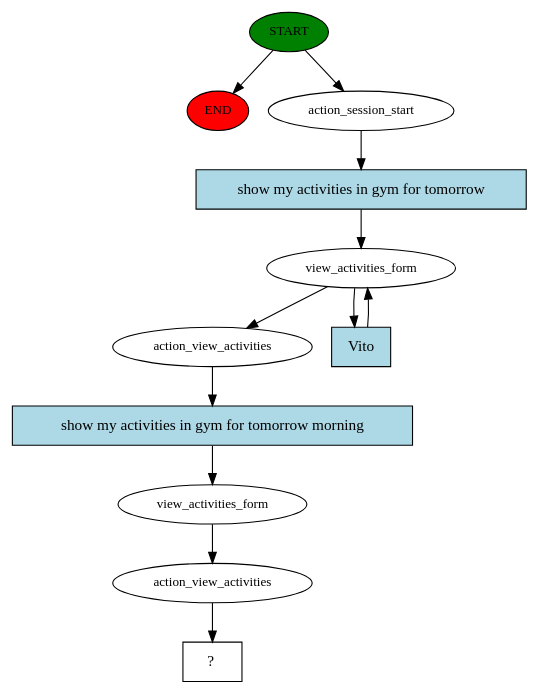
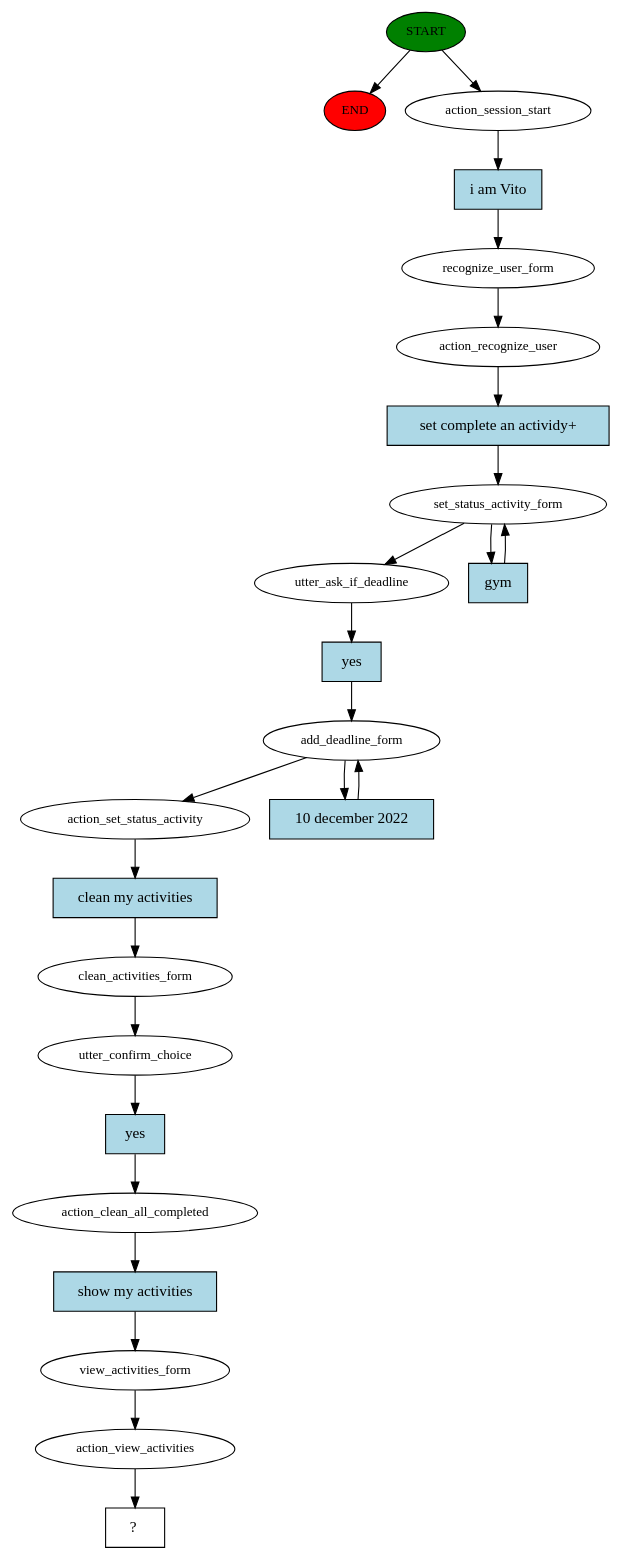
The diagram in src/rasa_ros/Cogrob_rasa_midterm/story_graph.dot (CamillaSpi/AI-To-Do-Assistant-Robot), drawn with Graphviz before and after one commit. The commit also changed 2 other files, not shown here.

```diff
--- a/src/rasa_ros/Cogrob_rasa_midterm/story_graph.dot
+++ b/src/rasa_ros/Cogrob_rasa_midterm/story_graph.dot
@@ -1,24 +1,49 @@
 digraph  {
 0 [class="start active", fillcolor=green, fontsize=12, label=START, style=filled];
 "-1" [class=end, fillcolor=red, fontsize=12, label=END, style=filled];
 1 [class=active, fontsize=12, label=action_session_start];
-2 [class=active, fontsize=12, label=view_activities_form];
-4 [class=active, fontsize=12, label=action_view_activities];
-5 [class=active, fontsize=12, label=view_activities_form];
-6 [class=active, fontsize=12, label=action_view_activities];
-7 [class="intent dashed active", label="  ?  ", shape=rect];
-8 [class="intent active", fillcolor=lightblue, label="show my activities in gym for tomorrow", shape=rect, style=filled];
-9 [class="intent active", fillcolor=lightblue, label=Vito, shape=rect, style=filled];
-10 [class="intent active", fillcolor=lightblue, label="show my activities in gym for tomorrow morning", shape=rect, style=filled];
+2 [class=active, fontsize=12, label=recognize_user_form];
+3 [class=active, fontsize=12, label=action_recognize_user];
+4 [class=active, fontsize=12, label=set_status_activity_form];
+7 [class=active, fontsize=12, label=utter_ask_if_deadline];
+8 [class=active, fontsize=12, label=add_deadline_form];
+10 [class=active, fontsize=12, label=action_set_status_activity];
+11 [class=active, fontsize=12, label=clean_activities_form];
+12 [class=active, fontsize=12, label=utter_confirm_choice];
+13 [class=active, fontsize=12, label=action_clean_all_completed];
+14 [class=active, fontsize=12, label=view_activities_form];
+15 [class=active, fontsize=12, label=action_view_activities];
+16 [class="intent dashed active", label="  ?  ", shape=rect];
+17 [class="intent active", fillcolor=lightblue, label="i am Vito", shape=rect, style=filled];
+18 [class="intent active", fillcolor=lightblue, label="set complete an actividy+", shape=rect, style=filled];
+19 [class="intent active", fillcolor=lightblue, label=gym, shape=rect, style=filled];
+20 [class="intent active", fillcolor=lightblue, label=yes, shape=rect, style=filled];
+21 [class="intent active", fillcolor=lightblue, label="10 december 2022", shape=rect, style=filled];
+22 [class="intent active", fillcolor=lightblue, label="clean my activities", shape=rect, style=filled];
+23 [class="intent active", fillcolor=lightblue, label=yes, shape=rect, style=filled];
+24 [class="intent active", fillcolor=lightblue, label="show my activities", shape=rect, style=filled];
 0 -> "-1"  [class="", key=NONE, label=""];
 0 -> 1  [class=active, key=NONE, label=""];
-1 -> 8  [class=active, key=0];
-2 -> 4  [class=active, key=NONE, label=""];
-2 -> 9  [class=active, key=0];
-4 -> 10  [class=active, key=0];
-5 -> 6  [class=active, key=NONE, label=""];
-6 -> 7  [class=active, key=NONE, label=""];
-8 -> 2  [class=active, key=0];
-9 -> 2  [class=active, key=0];
-10 -> 5  [class=active, key=0];
+1 -> 17  [class=active, key=0];
+2 -> 3  [class=active, key=NONE, label=""];
+3 -> 18  [class=active, key=0];
+4 -> 7  [class=active, key=NONE, label=""];
+4 -> 19  [class=active, key=0];
+7 -> 20  [class=active, key=0];
+8 -> 10  [class=active, key=NONE, label=""];
+8 -> 21  [class=active, key=0];
+10 -> 22  [class=active, key=0];
+11 -> 12  [class=active, key=NONE, label=""];
+12 -> 23  [class=active, key=0];
+13 -> 24  [class=active, key=0];
+14 -> 15  [class=active, key=NONE, label=""];
+15 -> 16  [class=active, key=NONE, label=""];
+17 -> 2  [class=active, key=0];
+18 -> 4  [class=active, key=0];
+19 -> 4  [class=active, key=0];
+20 -> 8  [class=active, key=0];
+21 -> 8  [class=active, key=0];
+22 -> 11  [class=active, key=0];
+23 -> 13  [class=active, key=0];
+24 -> 14  [class=active, key=0];
 }
```
